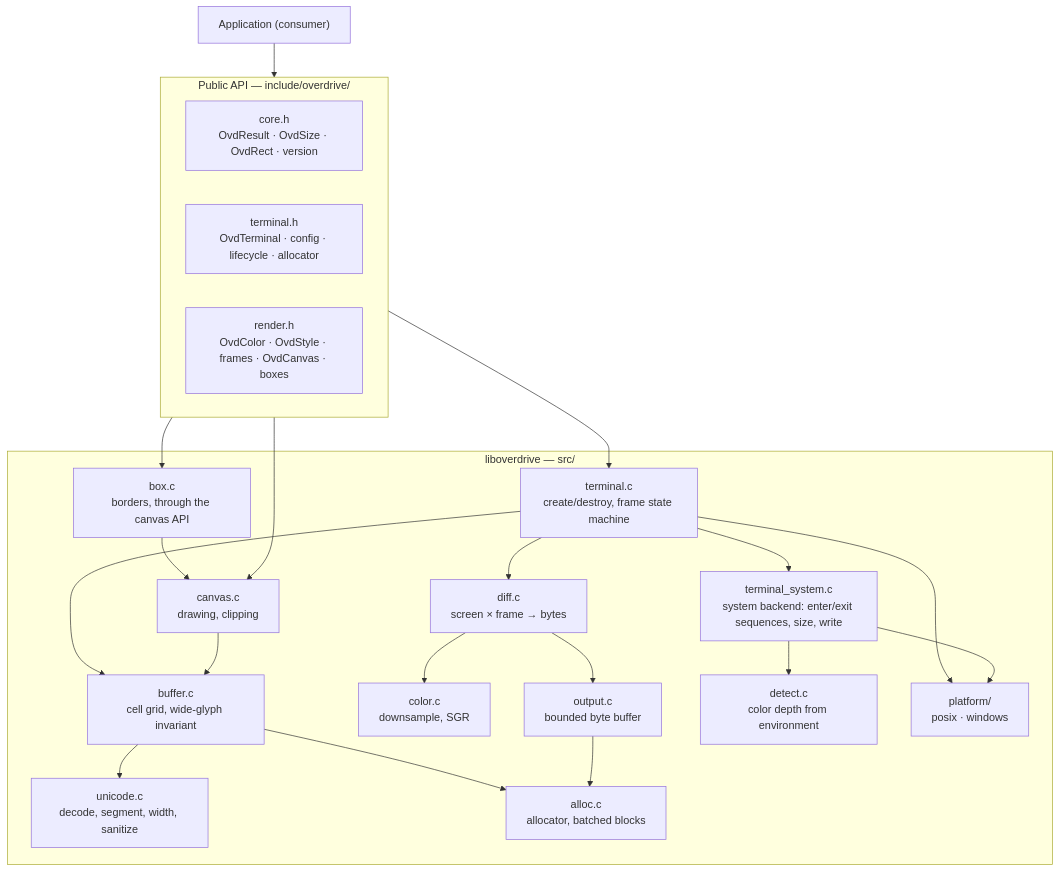
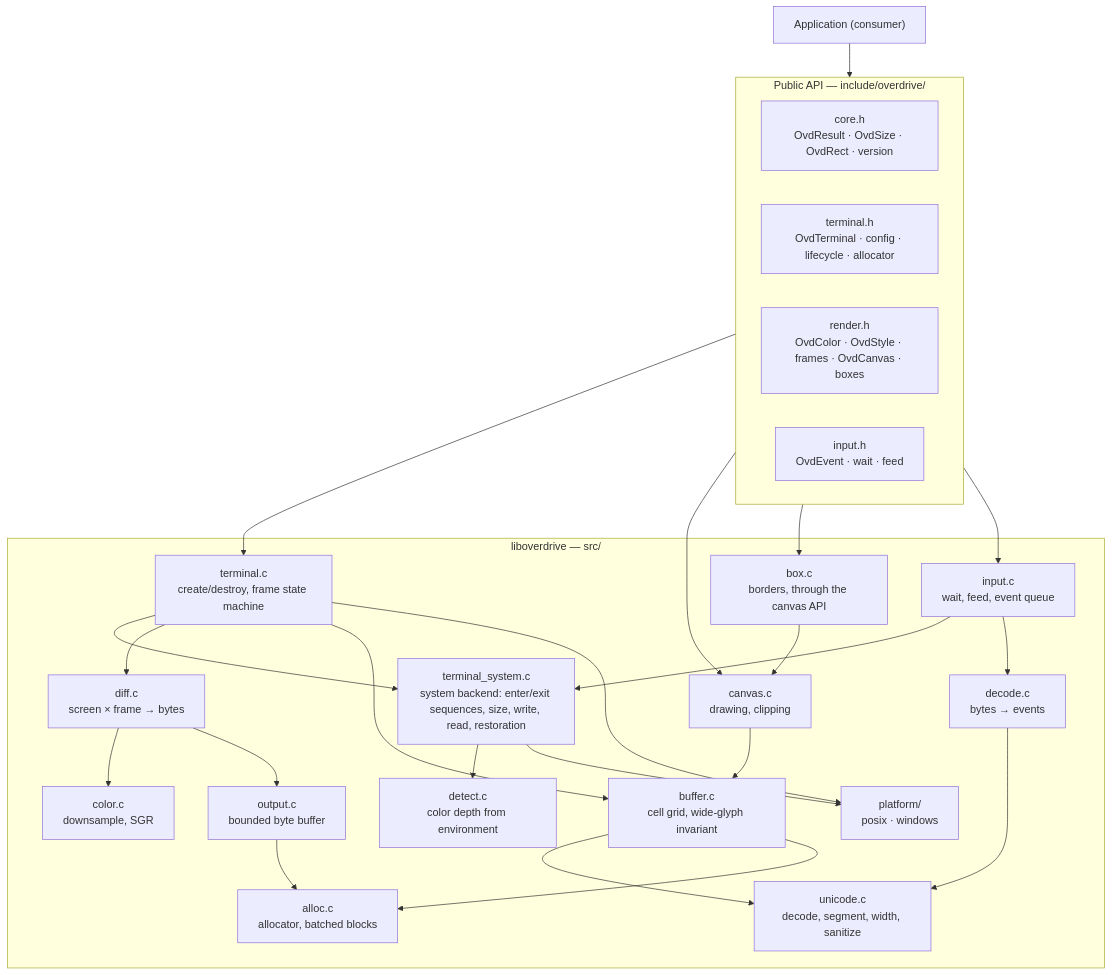
One commit to AEtherForge-Zero-Labs/overdrive changed the first of 2 diagrams in docs/architecture.md. Above: the diagram before and after it, drawn with Mermaid. The commit also changed other lines of this file and 7 other files, not shown here.

First line of the commit message:
docs: document the implemented input and restoration (OVD-21) (#66)

````diff
--- a/docs/architecture.md
+++ b/docs/architecture.md
@@ -13,38 +14,44 @@
 ```mermaid
 flowchart TB
     app["Application (consumer)"]
     subgraph public["Public API — include/overdrive/"]
         core["core.h<br/>OvdResult · OvdSize · OvdRect · version"]
         term["terminal.h<br/>OvdTerminal · config · lifecycle · allocator"]
         render["render.h<br/>OvdColor · OvdStyle · frames · OvdCanvas · boxes"]
+        inputh["input.h<br/>OvdEvent · wait · feed"]
     end
     subgraph lib["liboverdrive — src/"]
         terminal["terminal.c<br/>create/destroy, frame state machine"]
-        system["terminal_system.c<br/>system backend: enter/exit sequences, size, write"]
+        system["terminal_system.c<br/>system backend: enter/exit sequences, size, write, read, restoration"]
+        input["input.c<br/>wait, feed, event queue"]
+        decode["decode.c<br/>bytes → events"]
         box["box.c<br/>borders, through the canvas API"]
         canvas["canvas.c<br/>drawing, clipping"]
         buffer["buffer.c<br/>cell grid, wide-glyph invariant"]
         unicode["unicode.c<br/>decode, segment, width, sanitize"]
         diff["diff.c<br/>screen × frame → bytes"]
         color["color.c<br/>downsample, SGR"]
         output["output.c<br/>bounded byte buffer"]
         alloc["alloc.c<br/>allocator, batched blocks"]
         detect["detect.c<br/>color depth from environment"]
         platform["platform/<br/>posix · windows"]
     end
     app --> public
     public --> terminal
     public --> canvas
     public --> box
+    public --> input
+    input --> system
+    input --> decode --> unicode
     box --> canvas
     terminal --> system
     terminal --> diff
     terminal --> buffer
     terminal --> platform
     canvas --> buffer --> unicode
     buffer --> alloc
     diff --> color
     diff --> output --> alloc
     system --> detect
     system --> platform
 ```
````
